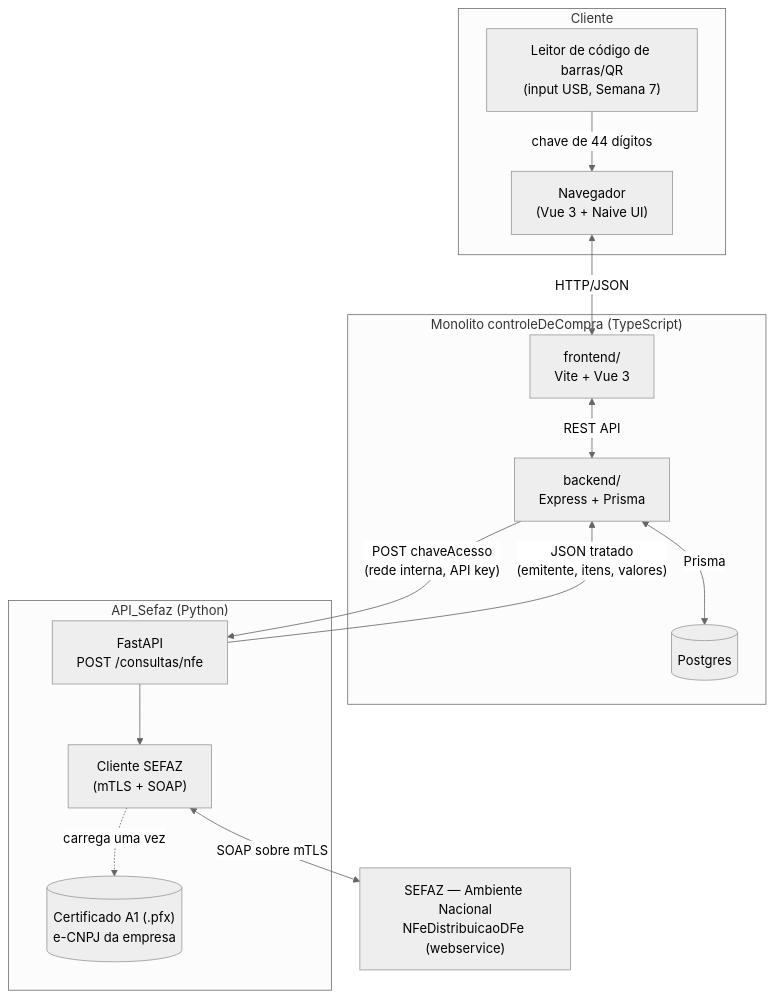
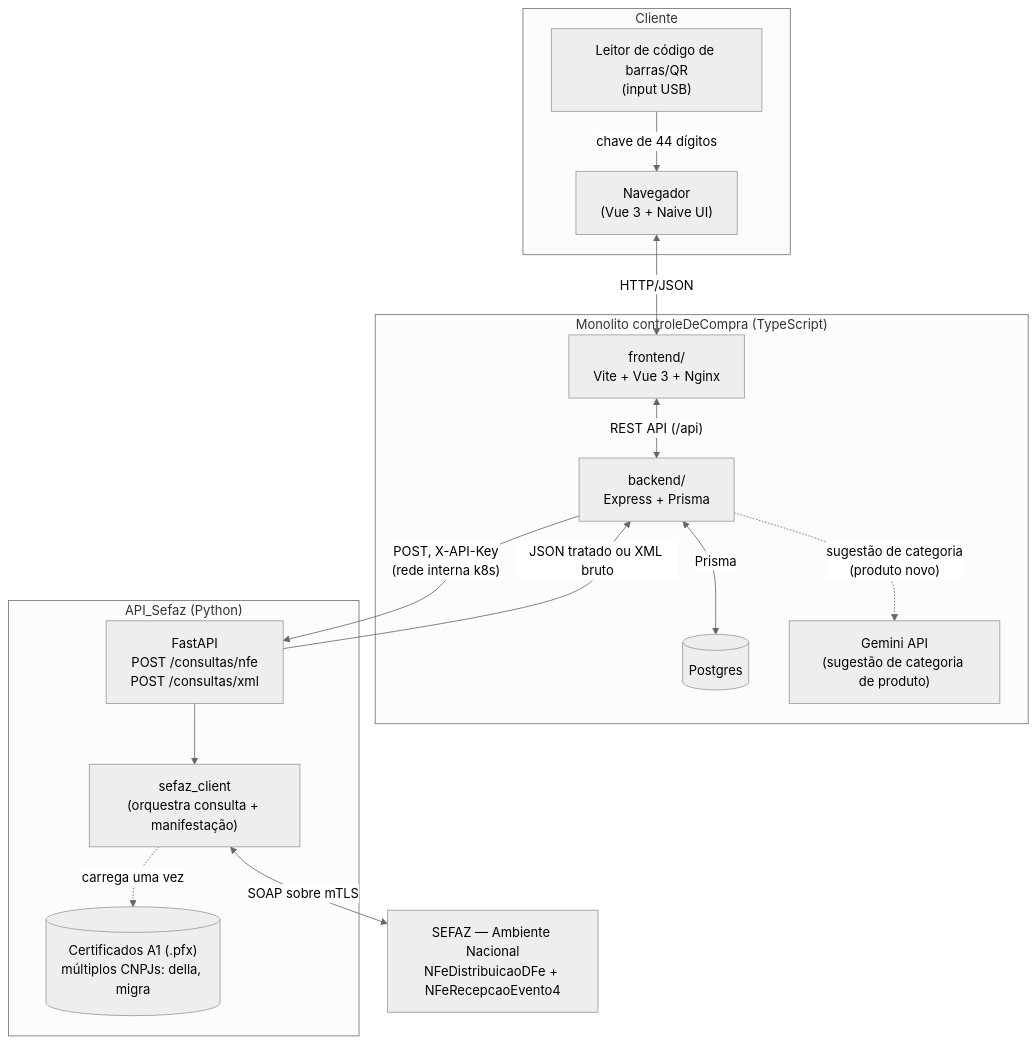
The first of 4 diagrams in docs/arquitetura-geral.md (tiagogdella/API_Sefaz_CCD), drawn with Mermaid (neutral theme) before and after one commit. The commit also changed other lines of this file and 1 other file, not shown here.

Commit message:
docs: update diagrams with multi-cnpj, manifestacao and k3s deploy

````diff
--- a/docs/arquitetura-geral.md
+++ b/docs/arquitetura-geral.md
@@ -12,31 +10,33 @@
 ```mermaid
 flowchart TB
     subgraph Cliente
         Browser["Navegador\n(Vue 3 + Naive UI)"]
-        Scanner["Leitor de código de barras/QR\n(input USB, Semana 7)"]
+        Scanner["Leitor de código de barras/QR\n(input USB)"]
     end
 
     subgraph controleDeCompra["Monolito controleDeCompra (TypeScript)"]
-        Frontend["frontend/\nVite + Vue 3"]
+        Frontend["frontend/\nVite + Vue 3 + Nginx"]
         Backend["backend/\nExpress + Prisma"]
         Postgres[("Postgres")]
+        AI["Gemini API\n(sugestão de categoria de produto)"]
     end
 
     subgraph API_Sefaz["API_Sefaz (Python)"]
-        FastAPI["FastAPI\nPOST /consultas/nfe"]
-        SefazClient["Cliente SEFAZ\n(mTLS + SOAP)"]
-        Cert[("Certificado A1 (.pfx)\ne-CNPJ da empresa")]
+        FastAPI["FastAPI\nPOST /consultas/nfe\nPOST /consultas/xml"]
+        SefazClient["sefaz_client\n(orquestra consulta + manifestação)"]
+        Certs[("Certificados A1 (.pfx)\nmúltiplos CNPJs: della, migra")]
     end
 
-    SEFAZ["SEFAZ — Ambiente Nacional\nNFeDistribuicaoDFe (webservice)"]
+    SEFAZ["SEFAZ — Ambiente Nacional\nNFeDistribuicaoDFe + NFeRecepcaoEvento4"]
 
     Scanner -->|"chave de 44 dígitos"| Browser
     Browser <-->|HTTP/JSON| Frontend
-    Frontend <-->|"REST API"| Backend
+    Frontend <-->|"REST API (/api)"| Backend
     Backend <-->|Prisma| Postgres
-    Backend -->|"POST chaveAcesso\n(rede interna, API key)"| FastAPI
+    Backend -.->|"sugestão de categoria\n(produto novo)"| AI
+    Backend -->|"POST, X-API-Key\n(rede interna k8s)"| FastAPI
     FastAPI --> SefazClient
-    SefazClient -.->|carrega uma vez| Cert
+    SefazClient -.->|carrega uma vez| Certs
     SefazClient <-->|"SOAP sobre mTLS"| SEFAZ
-    FastAPI -->|"JSON tratado\n(emitente, itens, valores)"| Backend
+    FastAPI -->|"JSON tratado ou XML bruto"| Backend
 ```
````
